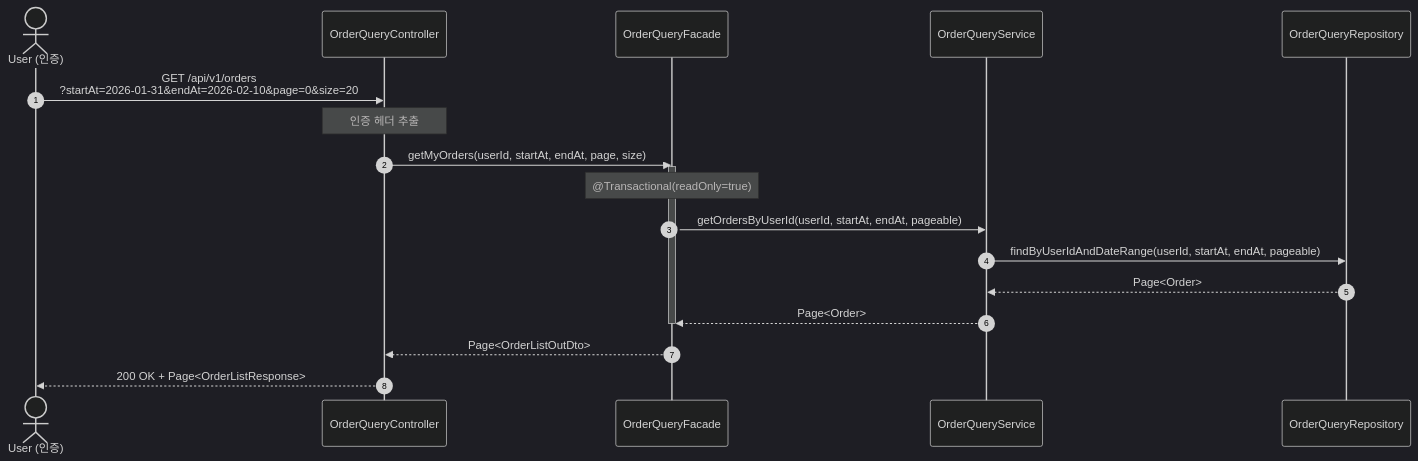
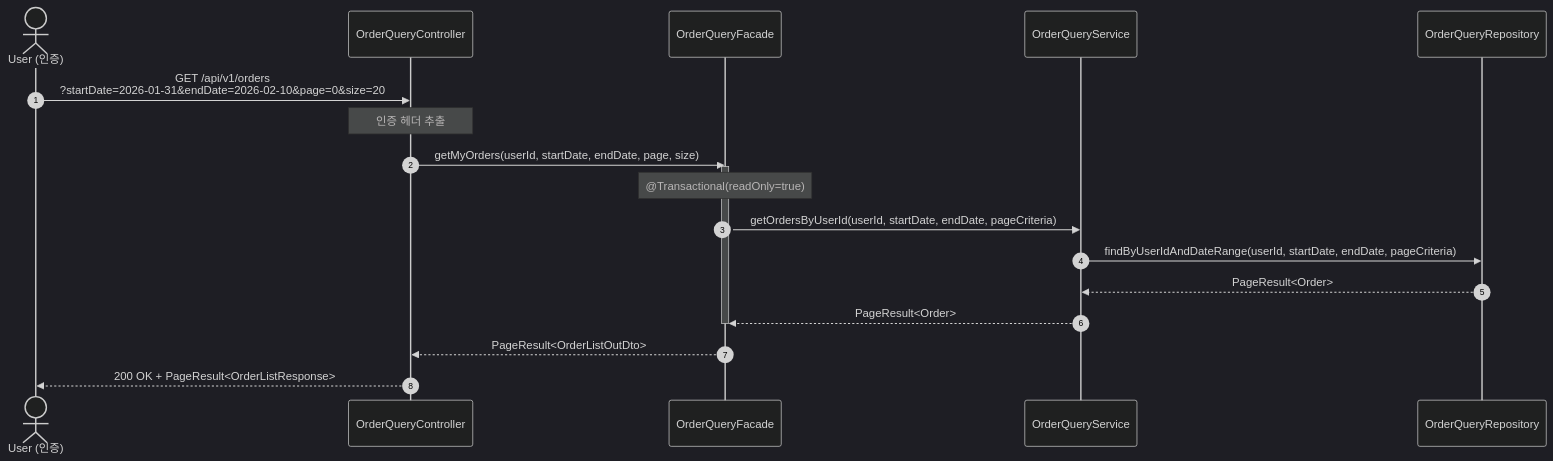
One commit to Hwan0518/loop-pack-be-l2-vol3-java changed diagram 23 of 26 in docs/design/02-sequence-diagrams.md. Above: the diagram before and after it, drawn with Mermaid (dark theme). The commit also changed other lines of this file and 7 other files, not shown here.

````diff
--- a/docs/design/02-sequence-diagrams.md
+++ b/docs/design/02-sequence-diagrams.md
@@ -1195,22 +1195,22 @@
 ```mermaid
 sequenceDiagram
     autonumber
     actor User as User (인증)
     participant Controller as OrderQueryController
     participant Facade as OrderQueryFacade
     participant Service as OrderQueryService
     participant Repository as OrderQueryRepository
 
-    User->>Controller: GET /api/v1/orders<br/>?startAt=2026-01-31&endAt=2026-02-10&page=0&size=20
+    User->>Controller: GET /api/v1/orders<br/>?startDate=2026-01-31&endDate=2026-02-10&page=0&size=20
     Note over Controller: 인증 헤더 추출
-    Controller->>Facade: getMyOrders(userId, startAt, endAt, page, size)
+    Controller->>Facade: getMyOrders(userId, startDate, endDate, page, size)
     activate Facade
     Note over Facade: @Transactional(readOnly=true)
-    Facade->>Service: getOrdersByUserId(userId, startAt, endAt, pageable)
-    Service->>Repository: findByUserIdAndDateRange(userId, startAt, endAt, pageable)
-    Repository-->>Service: Page<Order>
-    Service-->>Facade: Page<Order>
+    Facade->>Service: getOrdersByUserId(userId, startDate, endDate, pageCriteria)
+    Service->>Repository: findByUserIdAndDateRange(userId, startDate, endDate, pageCriteria)
+    Repository-->>Service: PageResult<Order>
+    Service-->>Facade: PageResult<Order>
     deactivate Facade
-    Facade-->>Controller: Page<OrderListOutDto>
-    Controller-->>User: 200 OK + Page<OrderListResponse>
+    Facade-->>Controller: PageResult<OrderListOutDto>
+    Controller-->>User: 200 OK + PageResult<OrderListResponse>
 ```
````
